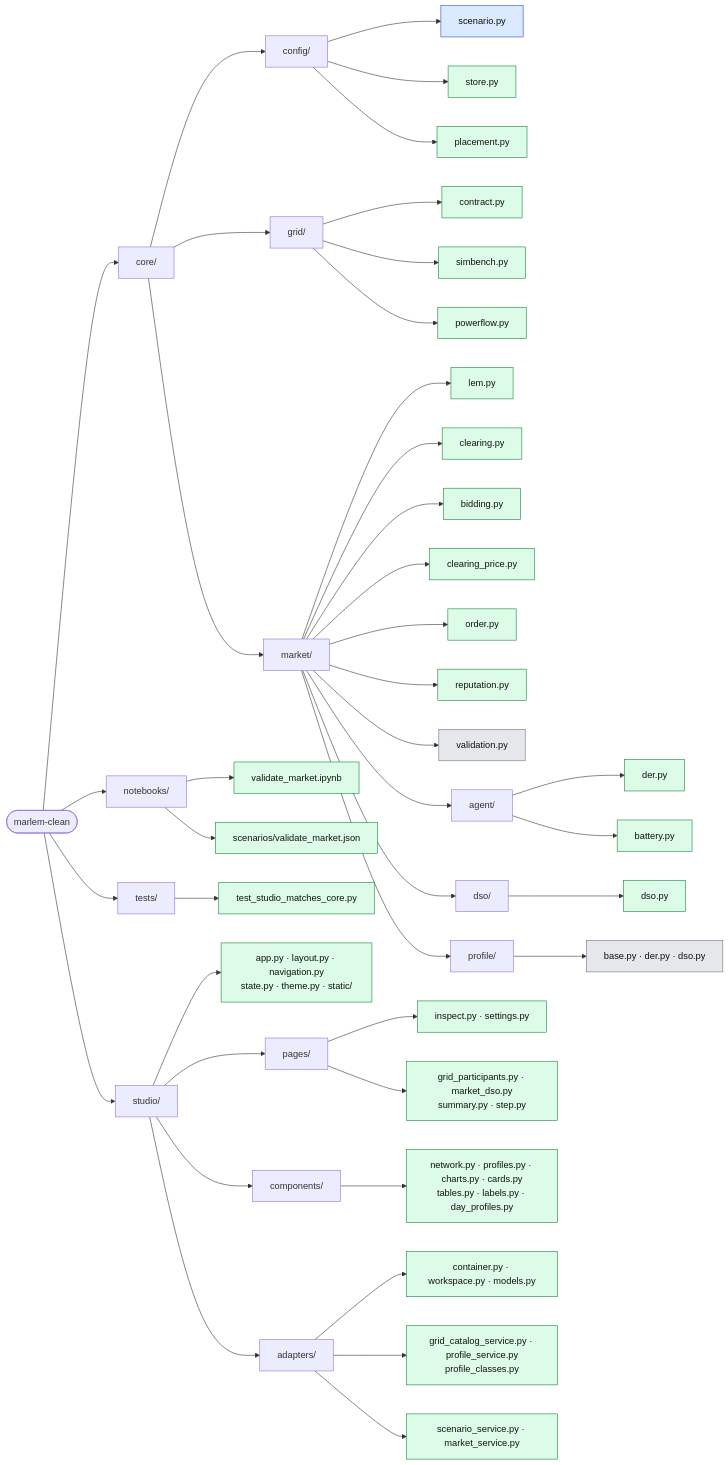
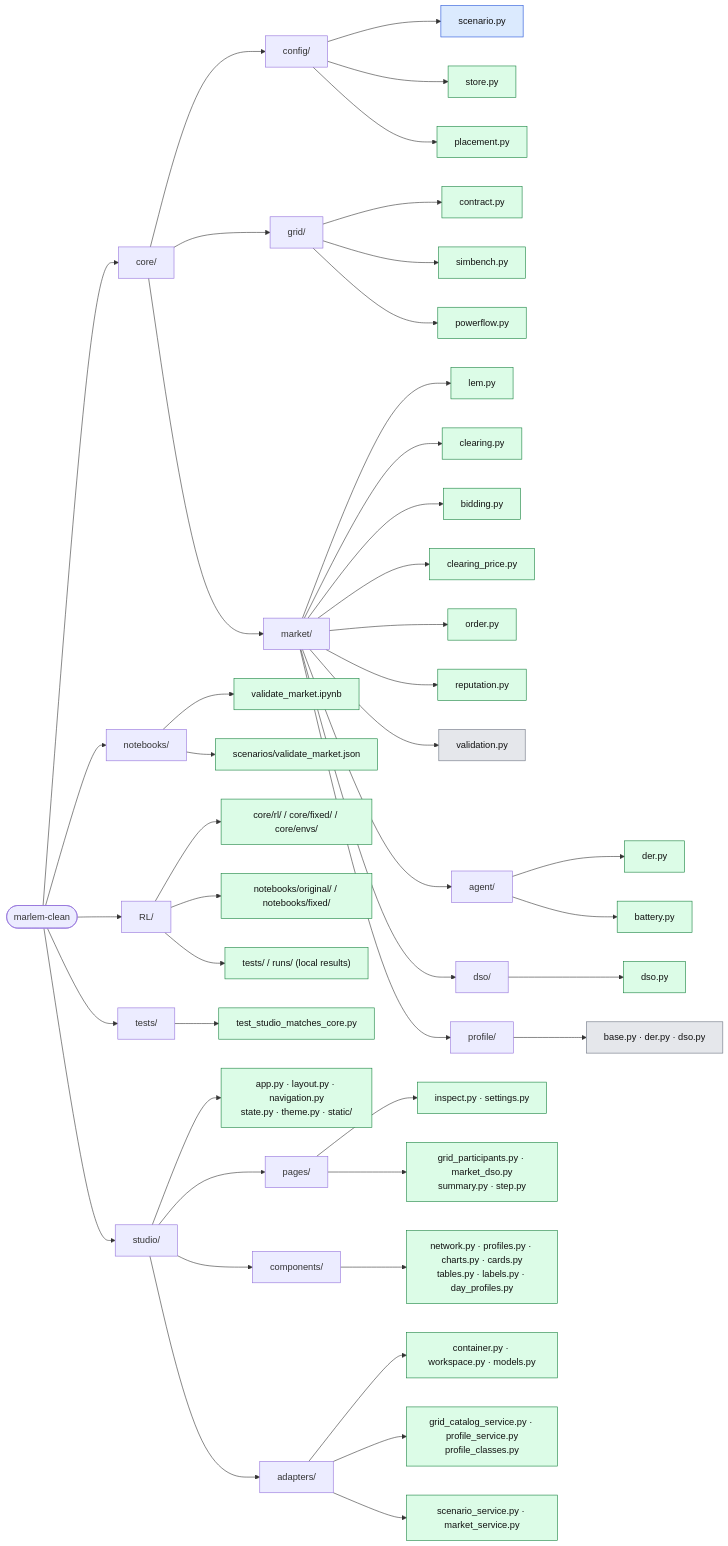
Before and after one commit to KevinRapo/P2P-thesis: the diagram in docs/structure.md, drawn with Mermaid. The commit also changed other lines of this file and 51 other files, not shown here.

````diff
--- a/docs/structure.md
+++ b/docs/structure.md
@@ -14,56 +15,61 @@
 ```mermaid
 flowchart LR
   root(["marlem-clean"])
 
   root --> core["core/"]
 
   core --> config["config/"]
   config --> c1["scenario.py"]:::data
   config --> c2["store.py"]:::done
   config --> c3["placement.py"]:::done
 
   core --> grid["grid/"]
   grid --> g1["contract.py"]:::done
   grid --> g2["simbench.py"]:::done
   grid --> g3["powerflow.py"]:::done
 
   core --> market["market/"]
   market --> m1["lem.py"]:::done
   market --> m7["clearing.py"]:::done
   market --> m8["bidding.py"]:::done
   market --> m4["clearing_price.py"]:::done
   market --> m2["order.py"]:::done
   market --> m5["reputation.py"]:::done
   market --> m6["validation.py"]:::orig
   market --> agent["agent/"]
   agent --> a1["der.py"]:::done
   agent --> a2["battery.py"]:::done
   market --> dso["dso/"]
   dso --> d1["dso.py"]:::done
   market --> profile["profile/"]
   profile --> p1["base.py · der.py · dso.py"]:::orig
 
   root --> notebooks["notebooks/"]
   notebooks --> n1["validate_market.ipynb"]:::done
   notebooks --> n2["scenarios/validate_market.json"]:::done
 
+  root --> rl["RL/"]
+  rl --> rc["core/rl/ / core/fixed/ / core/envs/"]:::done
+  rl --> rn["notebooks/original/ / notebooks/fixed/"]:::done
+  rl --> rt["tests/ / runs/ (local results)"]:::done
+
   root --> tests["tests/"]
   tests --> x1["test_studio_matches_core.py"]:::done
 
   root --> studio["studio/"]
   studio --> t1["app.py · layout.py · navigation.py<br/>state.py · theme.py · static/"]:::done
   studio --> pages["pages/"]
   pages --> pg1["inspect.py · settings.py"]:::done
   pages --> pg2["grid_participants.py · market_dso.py<br/>summary.py · step.py"]:::done
   studio --> comps["components/"]
   comps --> k1["network.py · profiles.py · charts.py · cards.py<br/>tables.py · labels.py · day_profiles.py"]:::done
   studio --> adapters["adapters/"]
   adapters --> v1["container.py · workspace.py · models.py"]:::done
   adapters --> v2["grid_catalog_service.py · profile_service.py<br/>profile_classes.py"]:::done
   adapters --> v3["scenario_service.py · market_service.py"]:::done
 
   classDef done fill:#dcfce7,stroke:#15803d,color:#111
   classDef data fill:#dbeafe,stroke:#1d4ed8,color:#111
   classDef stub fill:#fef3c7,stroke:#b45309,color:#111
   classDef orig fill:#e5e7eb,stroke:#6b7280,color:#111
 ```
````
